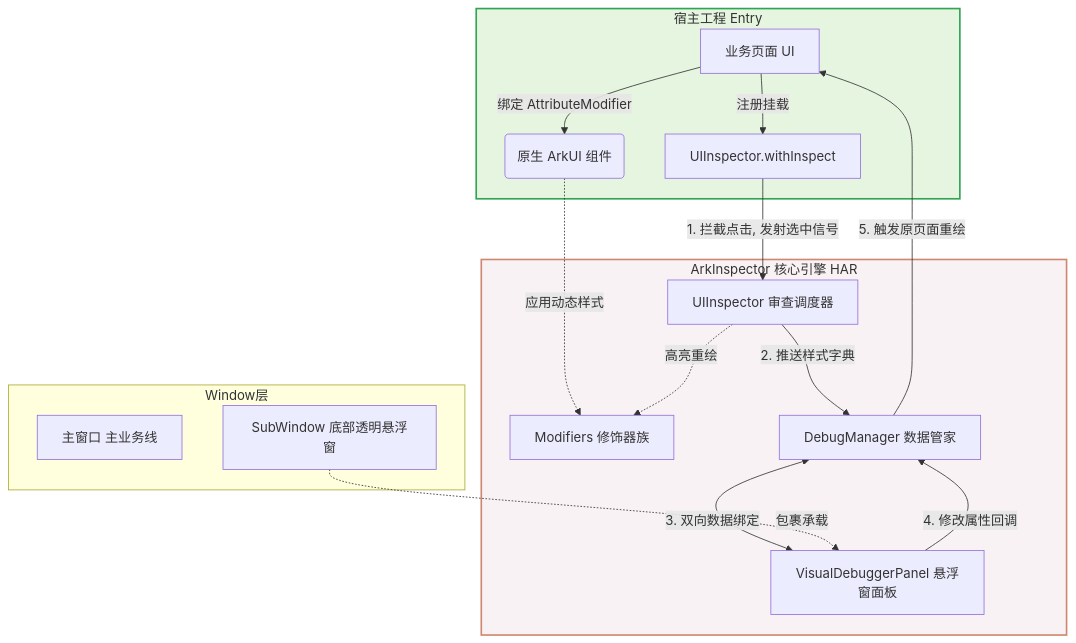
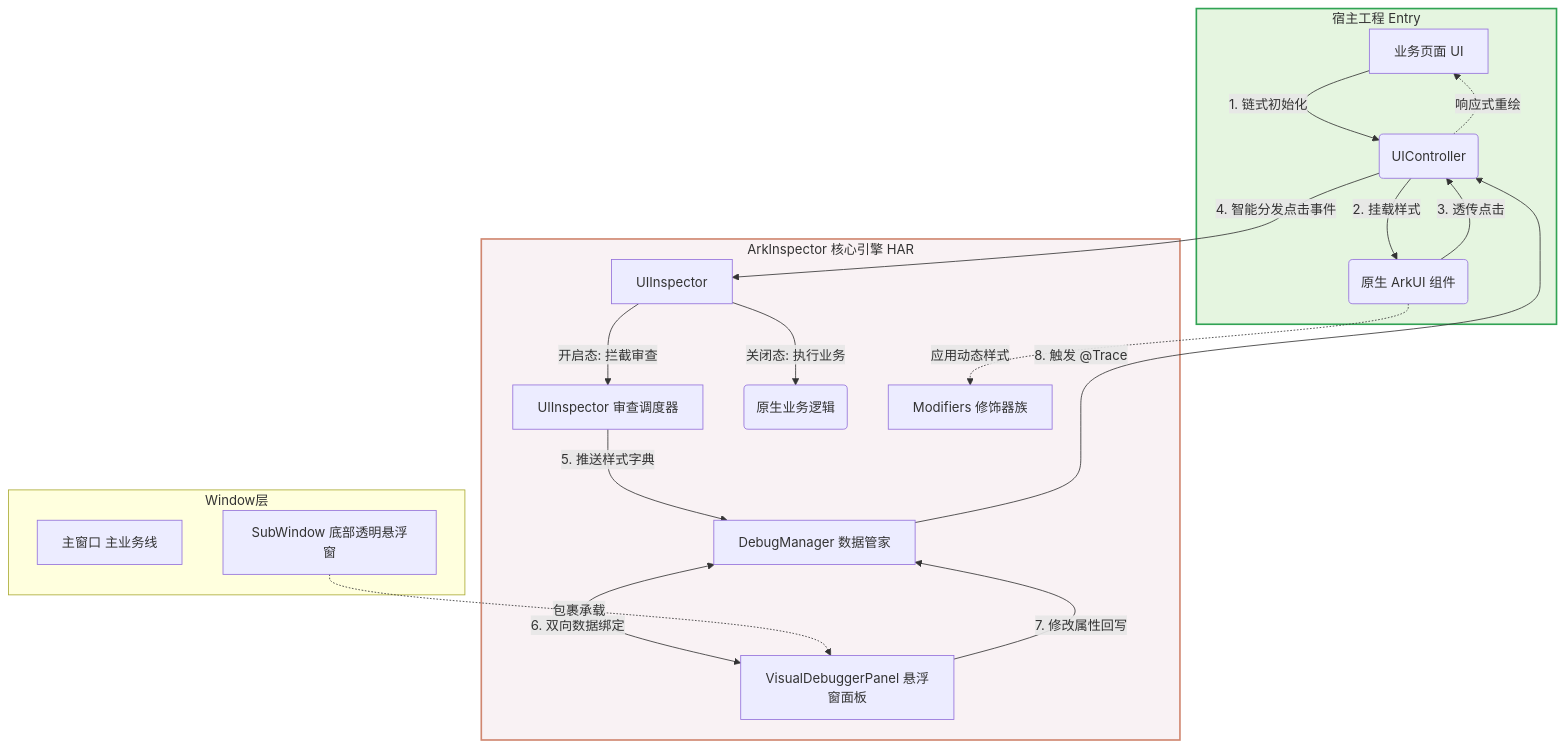
Before and after one commit to xiangfly11/ArkInspector: the diagram in README.md, drawn with Mermaid. The commit also changed other lines of this file and 6 other files, not shown here.

````diff
--- a/README.md
+++ b/README.md
@@ -31,27 +33,31 @@
 ```mermaid
 graph TD
     subgraph Host [宿主工程 Entry]
-        A[业务页面 UI] -->|绑定 AttributeModifier| B(原生 ArkUI 组件)
-        A -->|注册挂载| C[UIInspector.withInspect]
+        A[业务页面 UI] -->|1. 链式初始化| Ctrl(UIController)
+        Ctrl -->|2. 挂载样式| B(原生 ArkUI 组件)
+        B -->|3. 透传点击| Ctrl
     end
 
     subgraph Engine [ArkInspector 核心引擎 HAR]
-        C -->|1. 拦截点击, 发射选中信号| D[UIInspector 审查调度器]
+        Ctrl -->|4. 智能分发点击事件| UIInspector
+        UIInspector -->|开启态: 拦截审查| D[UIInspector 审查调度器]
+        UIInspector -->|关闭态: 执行业务| OriginBiz(原生业务逻辑)
+        
         B -.->|应用动态样式| M[Modifiers 修饰器族]
-        D -->|2. 推送样式字典| E[DebugManager 数据管家]
-        D -.->|高亮重绘| M
+        D -->|5. 推送样式字典| E[DebugManager 数据管家]
         
-        E <-->|3. 双向数据绑定| F[VisualDebuggerPanel 悬浮窗面板]
-        F -->|4. 修改属性回调| E
-        E -->|5. 触发原页面重绘| A
+        E <-->|6. 双向数据绑定| F[VisualDebuggerPanel 悬浮窗面板]
+        F -->|7. 修改属性回写| E
+        E -->|8. 触发 @Trace| Ctrl
+        Ctrl -.->|响应式重绘| A
     end
 
     subgraph WinLayer [Window层]
         W1[主窗口 主业务线]
         W2[SubWindow 底部透明悬浮窗]
         W2 -.->|包裹承载| F
     end
     
     style Engine fill:#f9f2f4,stroke:#d08770,stroke-width:2px
     style Host fill:#e5f5e0,stroke:#31a354,stroke-width:2px
 ```
````
